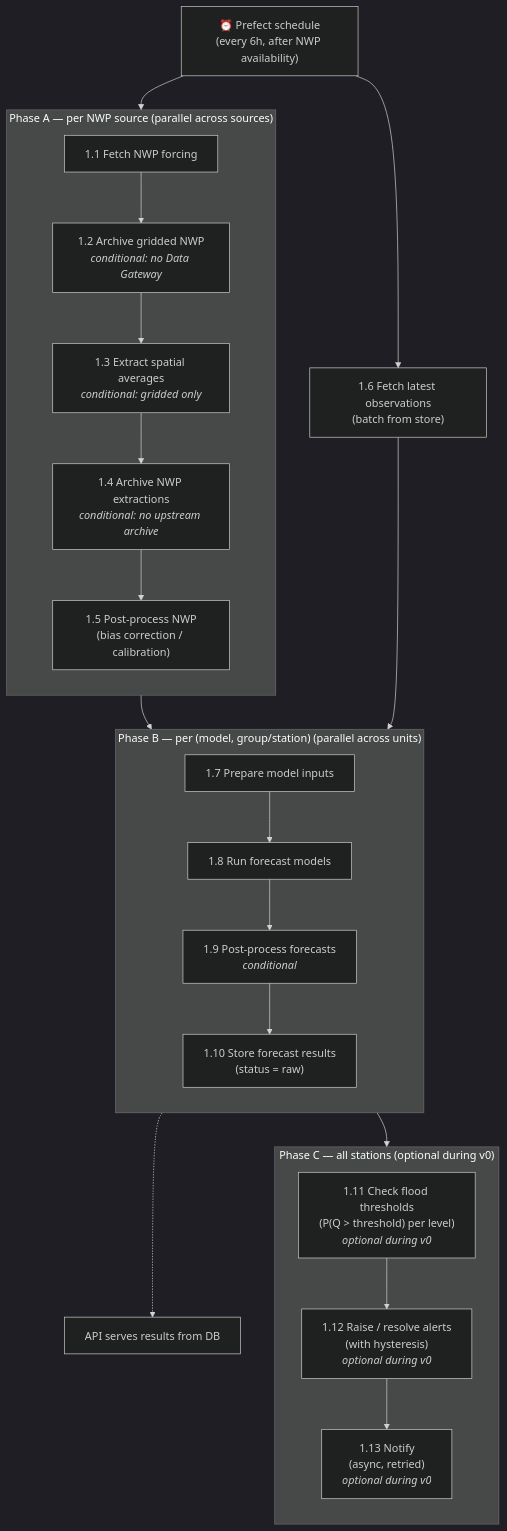
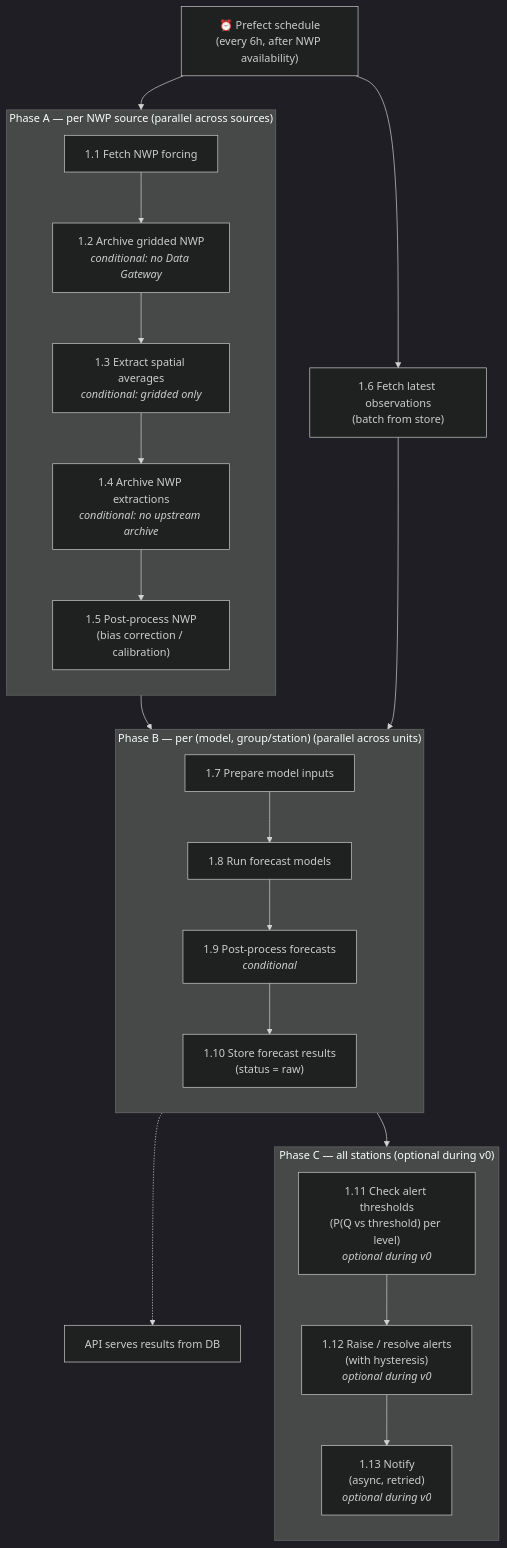
One commit to hydrosolutions/SAPPHIRE_flow changed the first of 11 diagrams in docs/architecture-context.md. Above: the diagram before and after it, drawn with Mermaid (dark theme). The commit also changed other lines of this file and 8 other files, not shown here.

First line of the commit message:
docs: rename "flood thresholds" to "alert thresholds" and add ThresholdDirection enum

````diff
--- a/docs/architecture-context.md
+++ b/docs/architecture-context.md
@@ -162,42 +162,42 @@
 ```mermaid
 flowchart TD
     trigger["⏰ Prefect schedule<br/>(every 6h, after NWP availability)"]
 
     subgraph PhaseA ["Phase A — per NWP source (parallel across sources)"]
         direction TB
         s1_1["1.1 Fetch NWP forcing"]
         s1_2["1.2 Archive gridded NWP<br/><i>conditional: no Data Gateway</i>"]
         s1_3["1.3 Extract spatial averages<br/><i>conditional: gridded only</i>"]
         s1_4["1.4 Archive NWP extractions<br/><i>conditional: no upstream archive</i>"]
         s1_5["1.5 Post-process NWP<br/>(bias correction / calibration)"]
         s1_1 --> s1_2 --> s1_3 --> s1_4 --> s1_5
     end
 
     s1_6["1.6 Fetch latest observations<br/>(batch from store)"]
 
     subgraph PhaseB ["Phase B — per (model, group/station) (parallel across units)"]
         direction TB
         s1_7["1.7 Prepare model inputs"]
         s1_8["1.8 Run forecast models"]
         s1_9["1.9 Post-process forecasts<br/><i>conditional</i>"]
         s1_10["1.10 Store forecast results<br/>(status = raw)"]
         s1_7 --> s1_8 --> s1_9 --> s1_10
     end
 
     subgraph PhaseC ["Phase C — all stations (optional during v0)"]
         direction TB
-        s1_11["1.11 Check flood thresholds<br/>(P(Q > threshold) per level)<br/><i>optional during v0</i>"]
+        s1_11["1.11 Check alert thresholds<br/>(P(Q vs threshold) per level)<br/><i>optional during v0</i>"]
         s1_12["1.12 Raise / resolve alerts<br/>(with hysteresis)<br/><i>optional during v0</i>"]
         s1_13["1.13 Notify<br/>(async, retried)<br/><i>optional during v0</i>"]
         s1_11 --> s1_12 --> s1_13
     end
 
     api["API serves results from DB"]
 
     trigger --> PhaseA
     trigger --> s1_6
     PhaseA --> PhaseB
     s1_6 --> PhaseB
     PhaseB --> PhaseC
     s1_10 -.-> api
 ```
````
